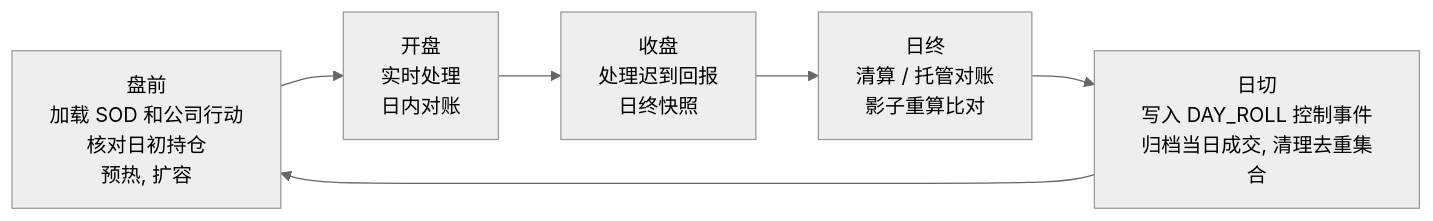
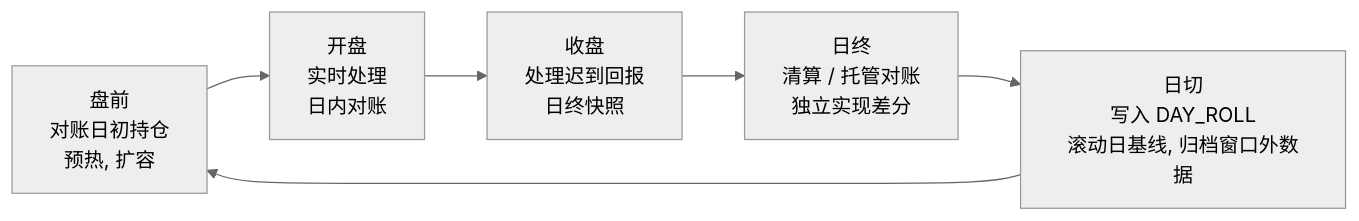
One commit to Obscurepawn/TradingSystemLearning changed the ninth of 9 diagrams in system_design/distributed_account_service.md. Above: the diagram before and after it, drawn with Mermaid (neutral theme). The commit also changed other lines of this file, not shown here.

````diff
--- a/system_design/distributed_account_service.md
+++ b/system_design/distributed_account_service.md
@@ -1201,8 +1543,8 @@
 ```mermaid
 flowchart LR
-    A["盘前<br/>加载 SOD 和公司行动<br/>核对日初持仓<br/>预热, 扩容"] --> B["开盘<br/>实时处理<br/>日内对账"]
+    A["盘前<br/>对账日初持仓<br/>预热, 扩容"] --> B["开盘<br/>实时处理<br/>日内对账"]
     B --> C["收盘<br/>处理迟到回报<br/>日终快照"]
-    C --> D["日终<br/>清算 / 托管对账<br/>影子重算比对"]
-    D --> E["日切<br/>写入 DAY_ROLL 控制事件<br/>归档当日成交, 清理去重集合"]
+    C --> D["日终<br/>清算 / 托管对账<br/>独立实现差分"]
+    D --> E["日切<br/>写入 DAY_ROLL<br/>滚动日基线, 归档窗口外数据"]
     E --> A
 ```
````
